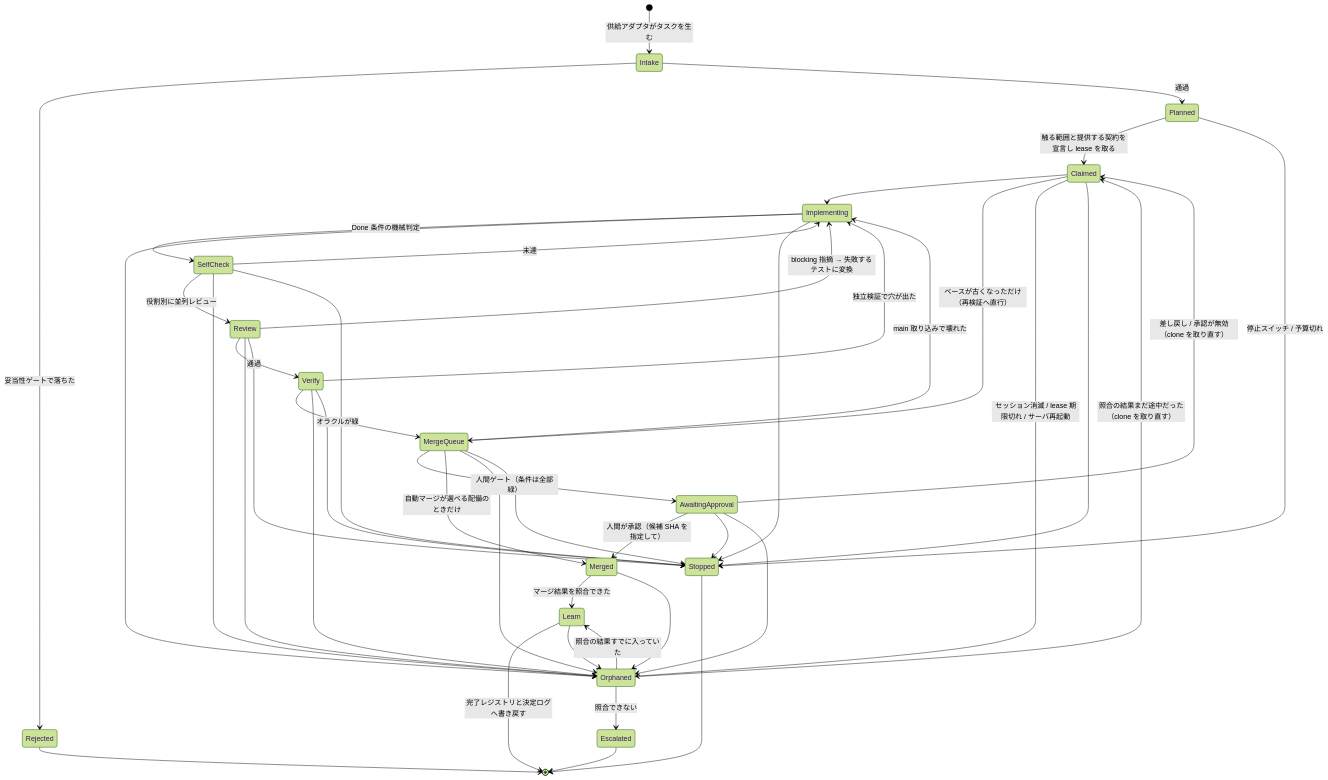
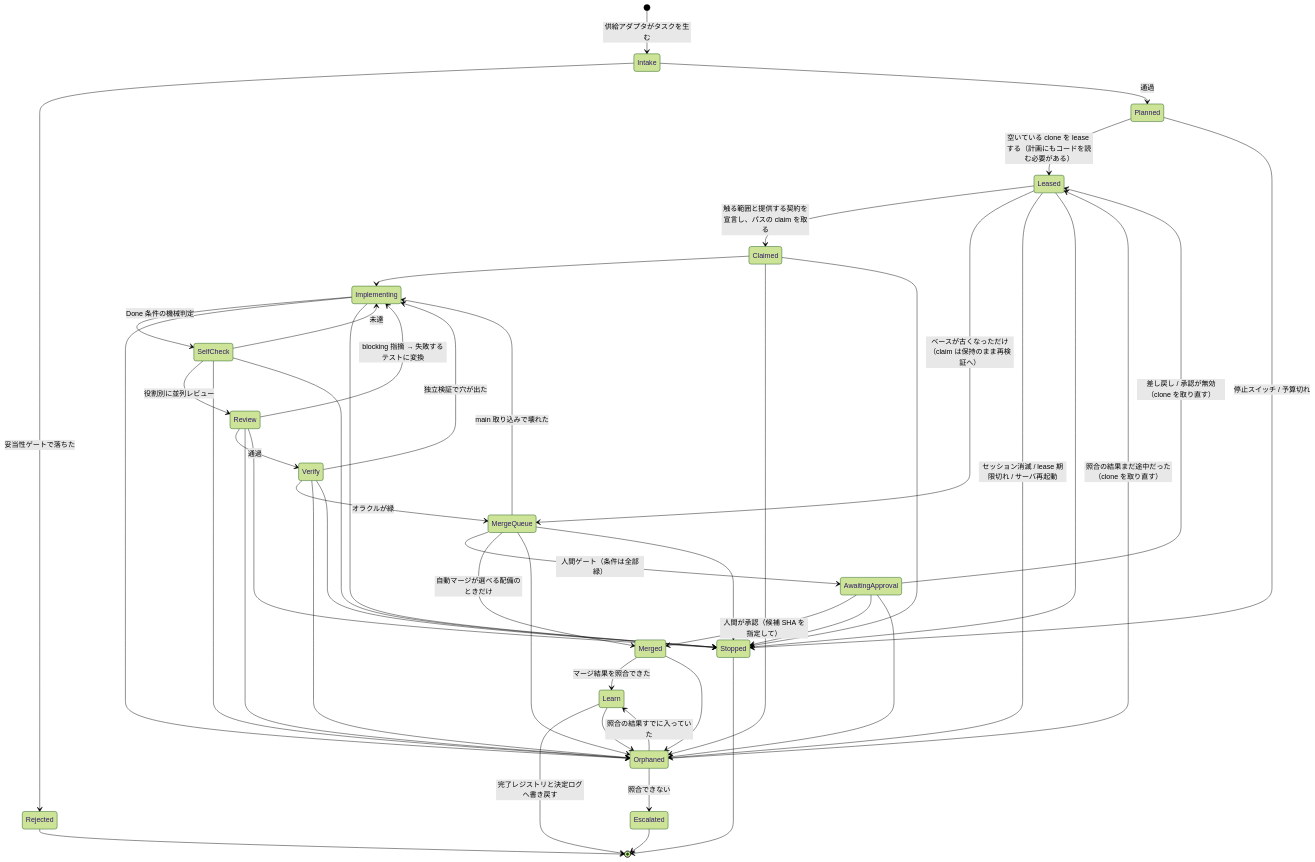
Before and after one commit to highfar-projects/mulmoterminal: the first of 2 diagrams in future/autonomous-delivery-pipeline.md, drawn with Mermaid (forest theme). The commit also changed other lines of this file and 1 other file, not shown here.

Commit message:
fix: address Codex review iter-28 — 状態機械が「宣言してから lease」の順に書いていた
grid の sequence は clone を lease してから Plan セッションを立て、その報告を受けて
claim-registry を引いている。状態機械は Planned --> Claimed で「宣言し lease を取る」
と1つにまとめていたので矛盾していた。間違っていたのは sequence ではなく機械のほうで、
計画にもコードを読む必要がある以上、宣言が先には来ない。

Leased を Claimed の前に分けた:
- Planned --> Leased（空いている clone を取る。ここが唯一の取得点）
- Leased --> Claimed（触る範囲を宣言し、パスの claim を取る）
- 差し戻し・承認無効・孤児からの復帰は Leased へ。そのときすでに claim は
  持っているので Leased --> Claimed は素通りになる
- ベースが古くなっただけの再検証は Leased --> MergeQueue

不変条件を「必ず Claimed を通る」から「必ず Leased を通る」に更新し、
分けた理由（作業場所を取る → 読んで計画する → 宣言して claim する、が実際の順序）も書いた。
状態表に Leased の行を追加（clone ○ / claim — / 止められる ○ / 落ちうる ○）。

grid 側の Claimed 参照7箇所も洗って更新した。
図と表の機械的な突き合わせ、mermaid 3ブロックのパース、いずれも確認済み。

refs #1815

Claude-Session: https://claude.ai/code/session_01FQQE6E47PJduinaJdi5yG8

````diff
--- a/future/autonomous-delivery-pipeline.md
+++ b/future/autonomous-delivery-pipeline.md
@@ -30,47 +30,50 @@
 ```mermaid
 stateDiagram-v2
     [*] --> Intake: 供給アダプタがタスクを生む
     Intake --> Rejected: 妥当性ゲートで落ちた
     Intake --> Planned: 通過
-    Planned --> Claimed: 触る範囲と提供する契約を宣言し lease を取る
+    Planned --> Leased: 空いている clone を lease する（計画にもコードを読む必要がある）
+    Leased --> Claimed: 触る範囲と提供する契約を宣言し、パスの claim を取る
     Claimed --> Implementing
-    Claimed --> MergeQueue: ベースが古くなっただけ（再検証へ直行）
+    Leased --> MergeQueue: ベースが古くなっただけ（claim は保持のまま再検証へ）
     Implementing --> SelfCheck: Done 条件の機械判定
     SelfCheck --> Implementing: 未達
     SelfCheck --> Review: 役割別に並列レビュー
     SelfCheck --> Orphaned
     SelfCheck --> Stopped
     Review --> Implementing: blocking 指摘 → 失敗するテストに変換
     Review --> Verify: 通過
     Verify --> Implementing: 独立検証で穴が出た
     Verify --> MergeQueue: オラクルが緑
     MergeQueue --> Implementing: main 取り込みで壊れた
     MergeQueue --> AwaitingApproval: 人間ゲート（条件は全部緑）
     AwaitingApproval --> Merged: 人間が承認（候補 SHA を指定して）
-    AwaitingApproval --> Claimed: 差し戻し / 承認が無効（clone を取り直す）
+    AwaitingApproval --> Leased: 差し戻し / 承認が無効（clone を取り直す）
     MergeQueue --> Merged: 自動マージが選べる配備のときだけ
     Merged --> Learn: マージ結果を照合できた
     Learn --> [*]: 完了レジストリと決定ログへ書き戻す
     Rejected --> [*]
 
-    Claimed --> Orphaned: セッション消滅 / lease 期限切れ / サーバ再起動
+    Leased --> Orphaned: セッション消滅 / lease 期限切れ / サーバ再起動
+    Claimed --> Orphaned
     Implementing --> Orphaned
     Review --> Orphaned
     Verify --> Orphaned
     MergeQueue --> Orphaned
     Merged --> Orphaned
     Learn --> Orphaned
-    Orphaned --> Claimed: 照合の結果まだ途中だった（clone を取り直す）
+    Orphaned --> Leased: 照合の結果まだ途中だった（clone を取り直す）
     Orphaned --> Learn: 照合の結果すでに入っていた
     Orphaned --> Escalated: 照合できない
     Planned --> Stopped: 停止スイッチ / 予算切れ
+    Leased --> Stopped
     Claimed --> Stopped
     Implementing --> Stopped
     Review --> Stopped
     Verify --> Stopped
     MergeQueue --> Stopped
     AwaitingApproval --> Stopped
     AwaitingApproval --> Orphaned
     Escalated --> [*]
     Stopped --> [*]
 ```
````
